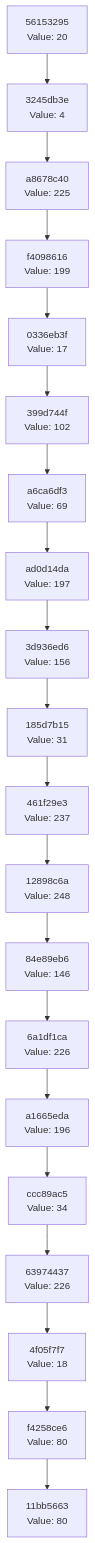
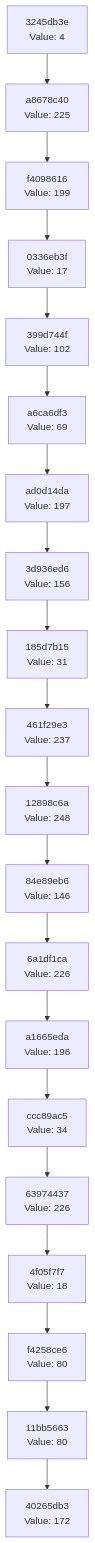
One commit to Abhisheksinha1506/hash-chain-evolver changed the diagram in docs/CHAIN_VISUALIZATION.md. Above: the diagram before and after it, drawn with Mermaid. The commit also changed 3 other files, not shown here.

````diff
--- a/docs/CHAIN_VISUALIZATION.md
+++ b/docs/CHAIN_VISUALIZATION.md
@@ -3,42 +3,42 @@
 ```mermaid
 graph TD
-    C0["11bb5663<br/>Value: 80"]
-    C1["f4258ce6<br/>Value: 80"]
+    C0["40265db3<br/>Value: 172"]
+    C1["11bb5663<br/>Value: 80"]
     C1 --> C0
-    C2["4f05f7f7<br/>Value: 18"]
+    C2["f4258ce6<br/>Value: 80"]
     C2 --> C1
-    C3["63974437<br/>Value: 226"]
+    C3["4f05f7f7<br/>Value: 18"]
     C3 --> C2
-    C4["ccc89ac5<br/>Value: 34"]
+    C4["63974437<br/>Value: 226"]
     C4 --> C3
-    C5["a1665eda<br/>Value: 196"]
+    C5["ccc89ac5<br/>Value: 34"]
     C5 --> C4
-    C6["6a1df1ca<br/>Value: 226"]
+    C6["a1665eda<br/>Value: 196"]
     C6 --> C5
-    C7["84e89eb6<br/>Value: 146"]
+    C7["6a1df1ca<br/>Value: 226"]
     C7 --> C6
-    C8["12898c6a<br/>Value: 248"]
+    C8["84e89eb6<br/>Value: 146"]
     C8 --> C7
-    C9["461f29e3<br/>Value: 237"]
+    C9["12898c6a<br/>Value: 248"]
     C9 --> C8
-    C10["185d7b15<br/>Value: 31"]
+    C10["461f29e3<br/>Value: 237"]
     C10 --> C9
-    C11["3d936ed6<br/>Value: 156"]
+    C11["185d7b15<br/>Value: 31"]
     C11 --> C10
-    C12["ad0d14da<br/>Value: 197"]
+    C12["3d936ed6<br/>Value: 156"]
     C12 --> C11
-    C13["a6ca6df3<br/>Value: 69"]
+    C13["ad0d14da<br/>Value: 197"]
     C13 --> C12
-    C14["399d744f<br/>Value: 102"]
+    C14["a6ca6df3<br/>Value: 69"]
     C14 --> C13
-    C15["0336eb3f<br/>Value: 17"]
+    C15["399d744f<br/>Value: 102"]
     C15 --> C14
-    C16["f4098616<br/>Value: 199"]
+    C16["0336eb3f<br/>Value: 17"]
     C16 --> C15
-    C17["a8678c40<br/>Value: 225"]
+    C17["f4098616<br/>Value: 199"]
     C17 --> C16
-    C18["3245db3e<br/>Value: 4"]
+    C18["a8678c40<br/>Value: 225"]
     C18 --> C17
-    C19["56153295<br/>Value: 20"]
+    C19["3245db3e<br/>Value: 4"]
     C19 --> C18
 ```
````
